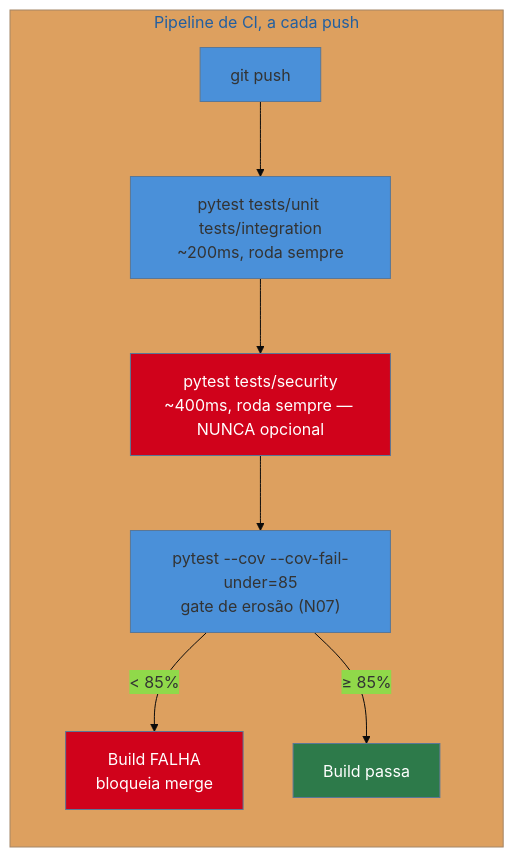
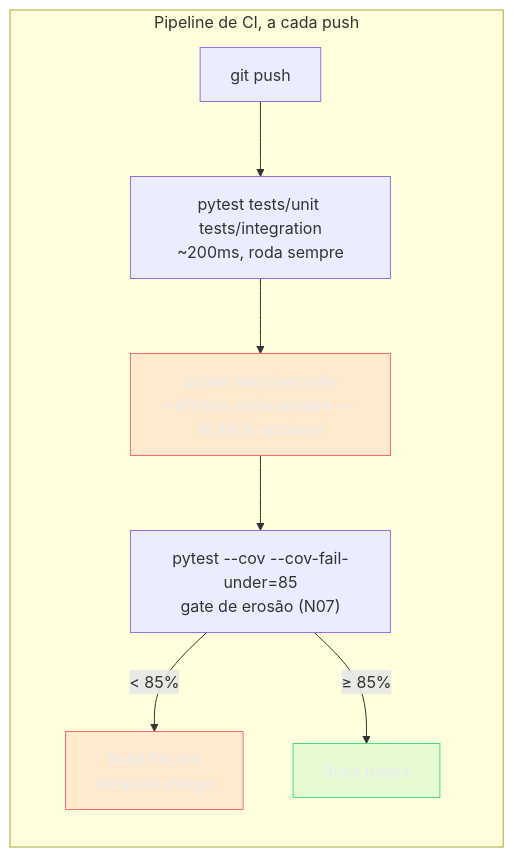
One commit to josenaldo/codex-technomanticus changed the third of 4 diagrams in 03-Dominios/Tecnologia/Python/Testes/09 - Capstone — a suíte de testes da API de Tarefas.md. Above: the diagram before and after it, drawn with Mermaid. The commit also changed other lines of this file and 1181 other files, not shown here.

First line of the commit message:
fix(diagramas): paleta do sistema no lugar de cor cravada no markdown

````diff
--- a/03-Dominios/Tecnologia/Python/Testes/09 - Capstone — a suíte de testes da API de Tarefas.md
+++ b/03-Dominios/Tecnologia/Python/Testes/09 - Capstone — a suíte de testes da API de Tarefas.md
@@ -523,15 +525,16 @@
 ```mermaid
-%%{init: {"theme": "base", "themeVariables": {"primaryColor": "#4A90D9"}}}%%
 flowchart LR
+    classDef falha fill:#FF6B6B24,stroke:#FF6B6B,color:#E9ECF2
+    classDef ok fill:#4ADE8021,stroke:#4ADE80,color:#E9ECF2
     subgraph CI["Pipeline de CI, a cada push"]
         A["git push"] --> B["pytest tests/unit tests/integration<br/>~200ms, roda sempre"]
         B --> C["pytest tests/security<br/>~400ms, roda sempre — NUNCA opcional"]
         C --> D["pytest --cov --cov-fail-under=85<br/>gate de erosão (N07)"]
         D -->|"< 85%"| E["Build FALHA<br/>bloqueia merge"]
         D -->|"≥ 85%"| F["Build passa"]
     end
 
-    style C fill:#D0021B,color:#fff
-    style E fill:#D0021B,color:#fff
-    style F fill:#2d7a4a,color:#fff
+    class C falha
+    class E falha
+    class F ok
 ```
````
